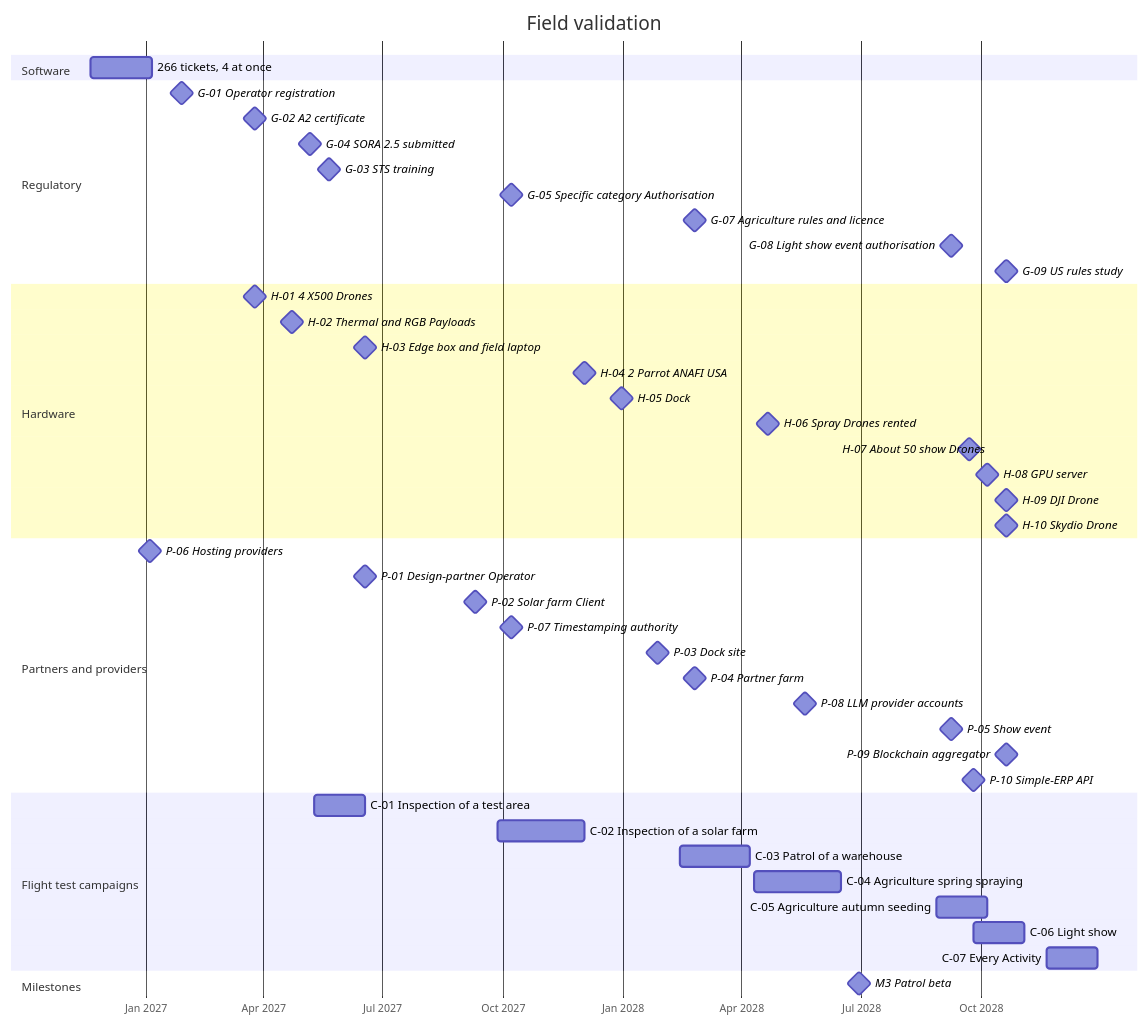
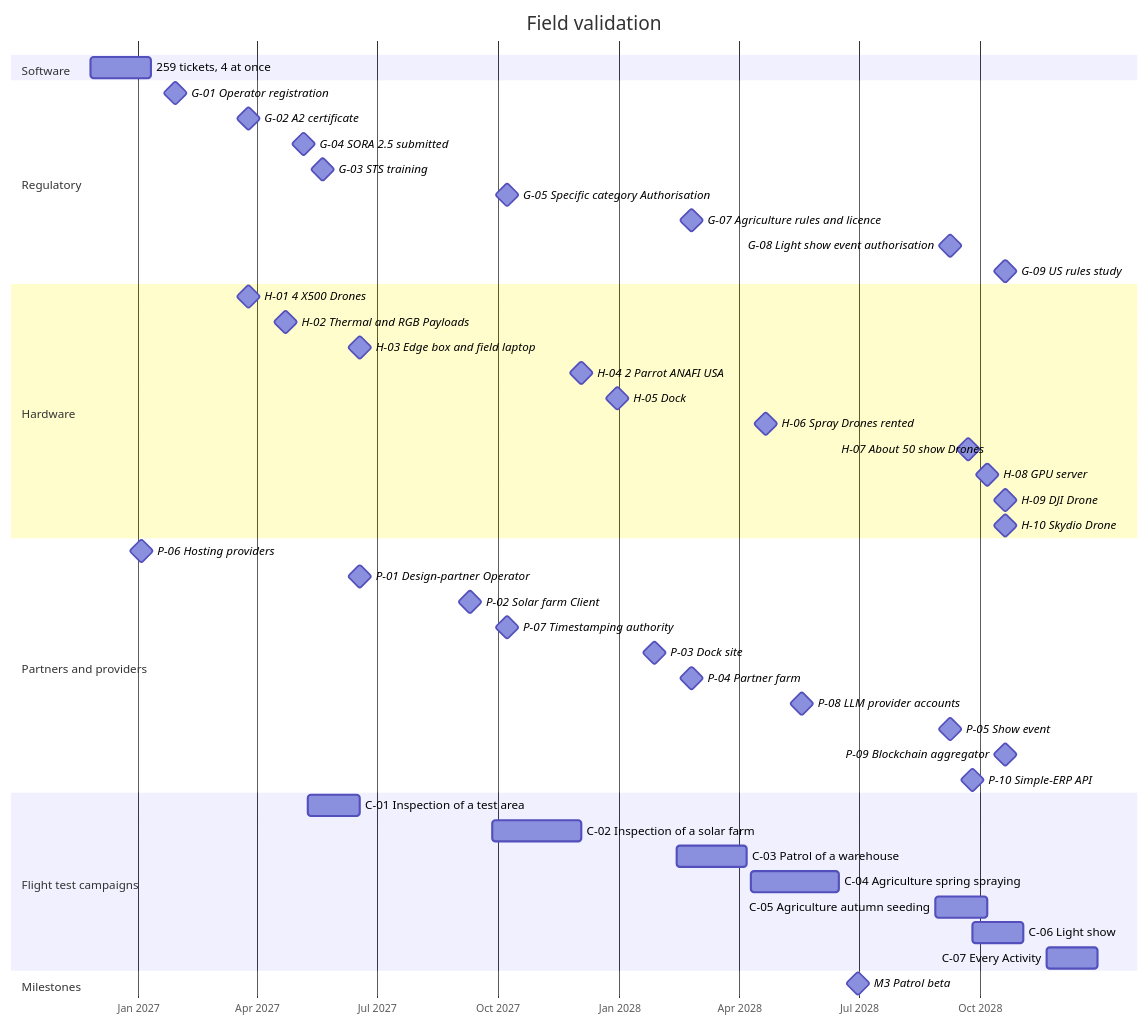
The third of 3 diagrams in docs/specs/roadmap/14-parallel-plan.md (gpbcom/swarm), drawn with Mermaid before and after one commit. The commit also changed other lines of this file and 12 other files, not shown here.

First line of the commit message:
Refactor phase 7: the roadmap and the ticket graph name the new layout

````diff
--- a/docs/specs/roadmap/14-parallel-plan.md
+++ b/docs/specs/roadmap/14-parallel-plan.md
@@ -121,49 +133,49 @@
 ```mermaid
 gantt
     title Field validation
     dateFormat YYYY-MM-DD
     axisFormat %b %Y
     section Software
-    266 tickets, 4 at once :sw, 2026-11-20, 2027-01-06
+    259 tickets, 4 at once :sw, 2026-11-26, 2027-01-11
     section Regulatory
     G-01 Operator registration :milestone, g-01, 2027-01-29, 0d
     G-02 A2 certificate :milestone, g-02, 2027-03-26, 0d
     G-04 SORA 2.5 submitted :milestone, g-04, 2027-05-07, 0d
     G-03 STS training :milestone, g-03, 2027-05-21, 0d
     G-05 Specific category Authorisation :milestone, g-05, 2027-10-08, 0d
     G-07 Agriculture rules and licence :milestone, g-07, 2028-02-25, 0d
     G-08 Light show event authorisation :milestone, g-08, 2028-09-08, 0d
     G-09 US rules study :milestone, g-09, 2028-10-20, 0d
     section Hardware
     H-01 4 X500 Drones :milestone, h-01, 2027-03-26, 0d
     H-02 Thermal and RGB Payloads :milestone, h-02, 2027-04-23, 0d
     H-03 Edge box and field laptop :milestone, h-03, 2027-06-18, 0d
     H-04 2 Parrot ANAFI USA :milestone, h-04, 2027-12-03, 0d
     H-05 Dock :milestone, h-05, 2027-12-31, 0d
     H-06 Spray Drones rented :milestone, h-06, 2028-04-21, 0d
     H-07 About 50 show Drones :milestone, h-07, 2028-09-22, 0d
     H-08 GPU server :milestone, h-08, 2028-10-06, 0d
     H-09 DJI Drone :milestone, h-09, 2028-10-20, 0d
     H-10 Skydio Drone :milestone, h-10, 2028-10-20, 0d
     section Partners and providers
     P-06 Hosting providers :milestone, p-06, 2027-01-04, 0d
     P-01 Design-partner Operator :milestone, p-01, 2027-06-18, 0d
     P-02 Solar farm Client :milestone, p-02, 2027-09-10, 0d
     P-07 Timestamping authority :milestone, p-07, 2027-10-08, 0d
     P-03 Dock site :milestone, p-03, 2028-01-28, 0d
     P-04 Partner farm :milestone, p-04, 2028-02-25, 0d
     P-08 LLM provider accounts :milestone, p-08, 2028-05-19, 0d
     P-05 Show event :milestone, p-05, 2028-09-08, 0d
     P-09 Blockchain aggregator :milestone, p-09, 2028-10-20, 0d
     P-10 Simple-ERP API :milestone, p-10, 2028-09-25, 0d
     section Flight test campaigns
     C-01 Inspection of a test area :c-01, 2027-05-10, 2027-06-18
     C-02 Inspection of a solar farm :c-02, 2027-09-27, 2027-12-03
     C-03 Patrol of a warehouse :c-03, 2028-02-14, 2028-04-07
     C-04 Agriculture spring spraying :c-04, 2028-04-10, 2028-06-16
     C-05 Agriculture autumn seeding :c-05, 2028-08-28, 2028-10-06
     C-06 Light show :c-06, 2028-09-25, 2028-11-03
     C-07 Every Activity :c-07, 2028-11-20, 2028-12-29
     section Milestones
     M3 Patrol beta :milestone, m3, 2028-06-30, 0d
 ```
````
